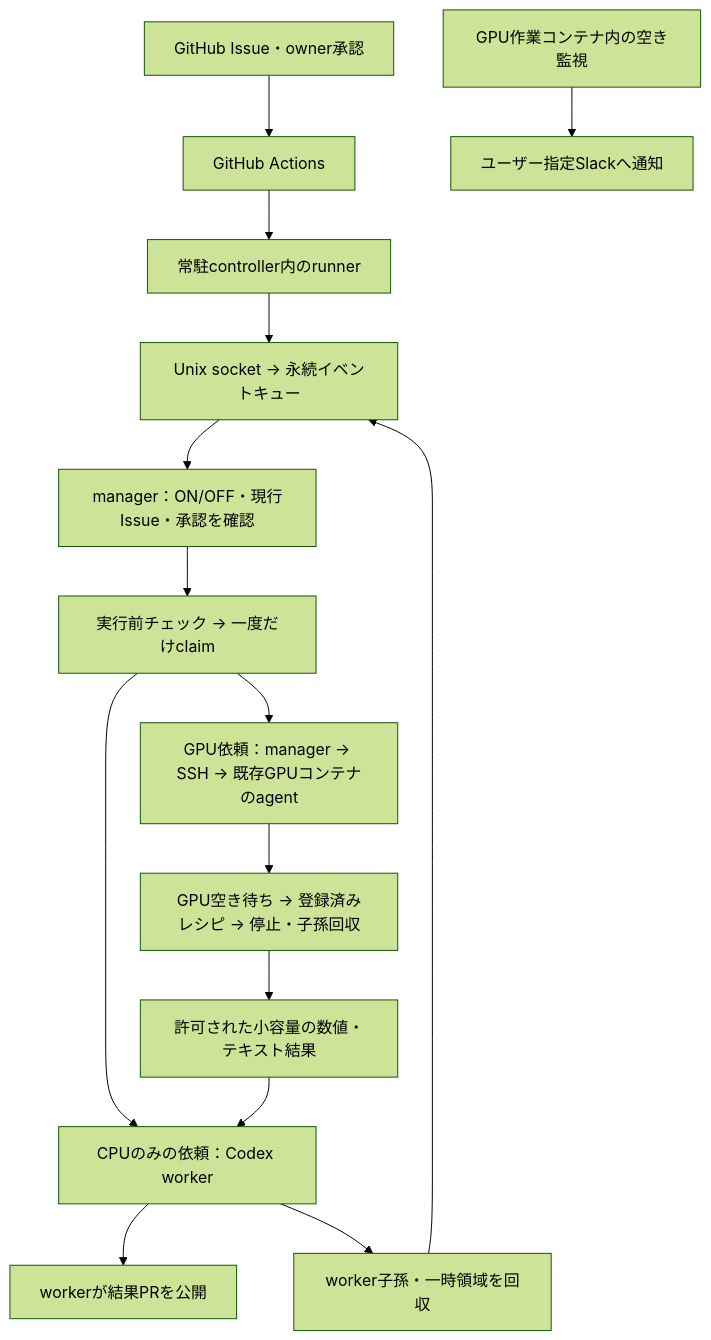
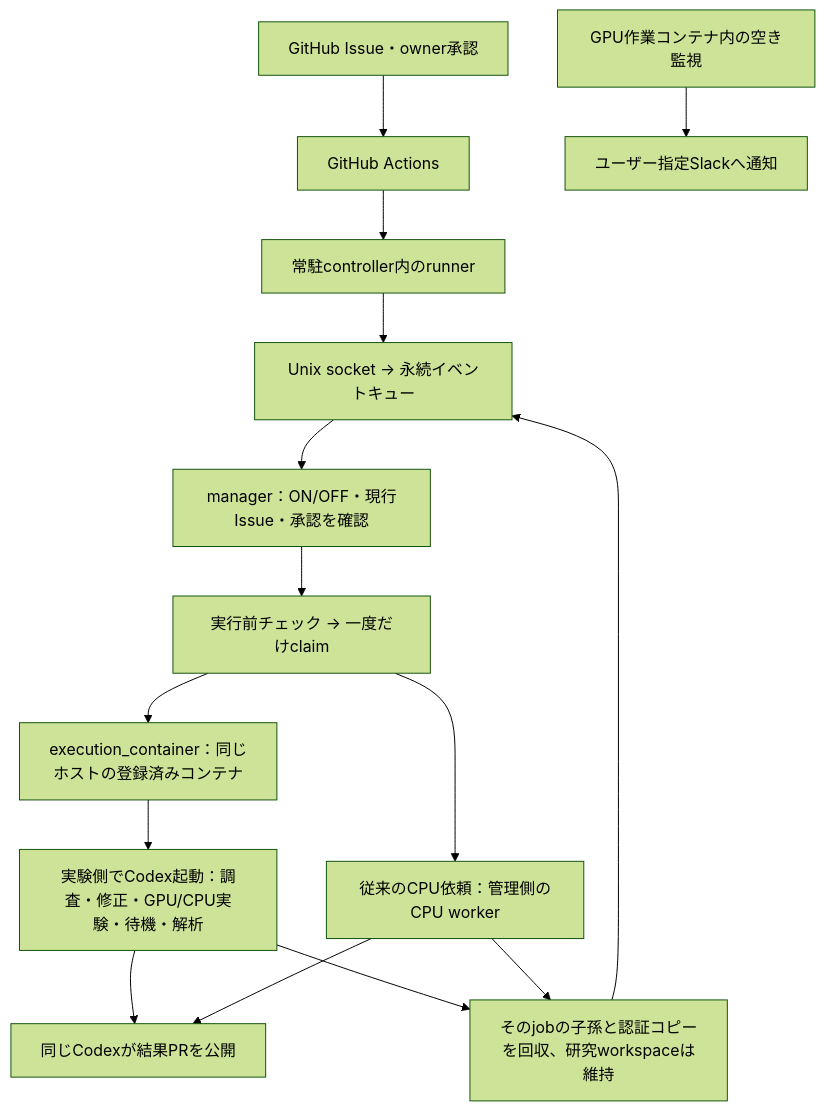
The diagram in docs/research_automation.md (ken2129/c3_neural_compression), drawn with Mermaid (forest theme) before and after one commit. The commit also changed other lines of this file and 41 other files, not shown here.

````diff
--- a/docs/research_automation.md
+++ b/docs/research_automation.md
@@ -54,17 +54,17 @@
 ```mermaid
 flowchart TD
     I["GitHub Issue・owner承認"] --> A["GitHub Actions"]
     A --> R["常駐controller内のrunner"]
     R --> Q["Unix socket → 永続イベントキュー"]
     Q --> M["manager：ON/OFF・現行Issue・承認を確認"]
     M --> P["実行前チェック → 一度だけclaim"]
-    P --> C["CPUのみの依頼：Codex worker"]
-    P --> E["GPU依頼：manager → SSH → 既存GPUコンテナのagent"]
-    E --> W["GPU空き待ち → 登録済みレシピ → 停止・子孫回収"]
-    W --> D["許可された小容量の数値・テキスト結果"]
-    D --> C
-    C --> PR["workerが結果PRを公開"]
-    C --> X["worker子孫・一時領域を回収"]
+    P --> C["従来のCPU依頼：管理側のCPU worker"]
+    P --> E["execution_container：同じホストの登録済みコンテナ"]
+    E --> W["実験側でCodex起動：調査・修正・GPU/CPU実験・待機・解析"]
+    W --> PR["同じCodexが結果PRを公開"]
+    C --> PR
+    W --> X["そのjobの子孫と認証コピーを回収、研究workspaceは維持"]
+    C --> X
     X --> Q
     G["GPU作業コンテナ内の空き監視"] --> S["ユーザー指定Slackへ通知"]
 ```
````
